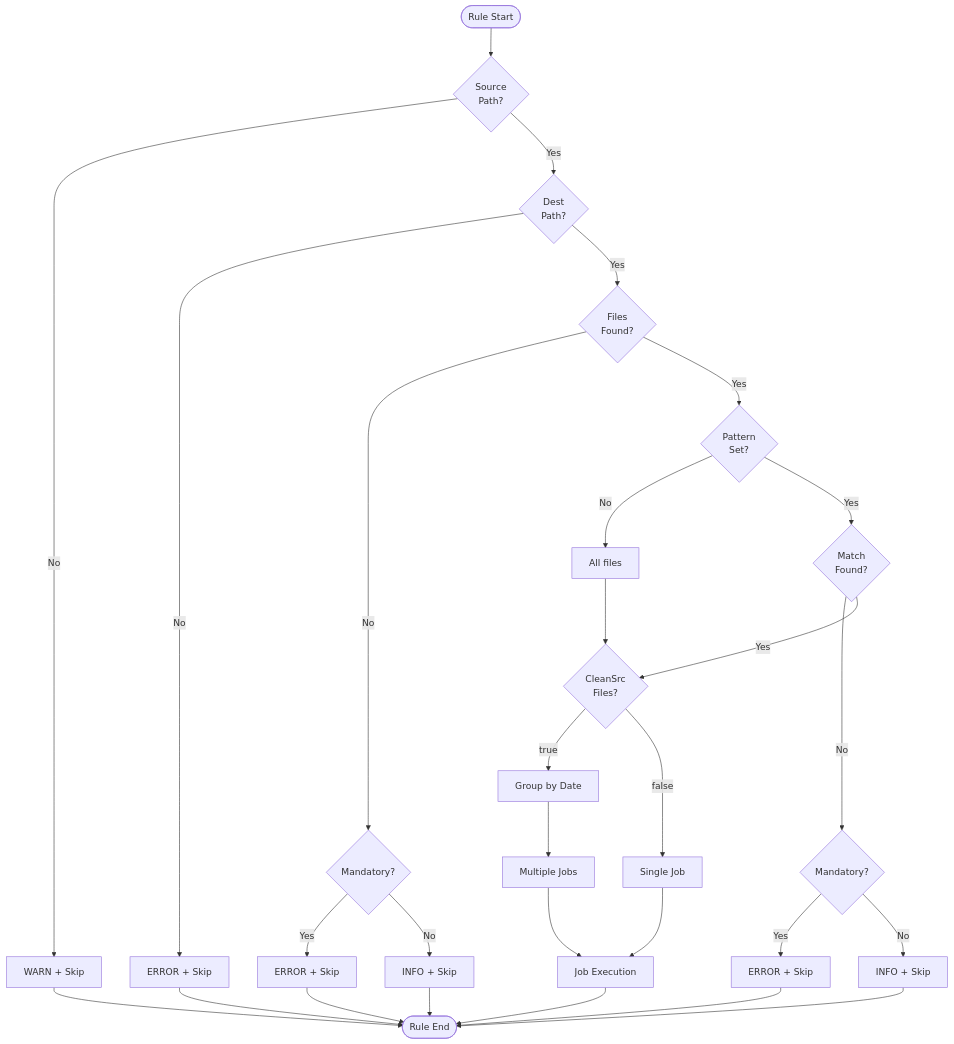
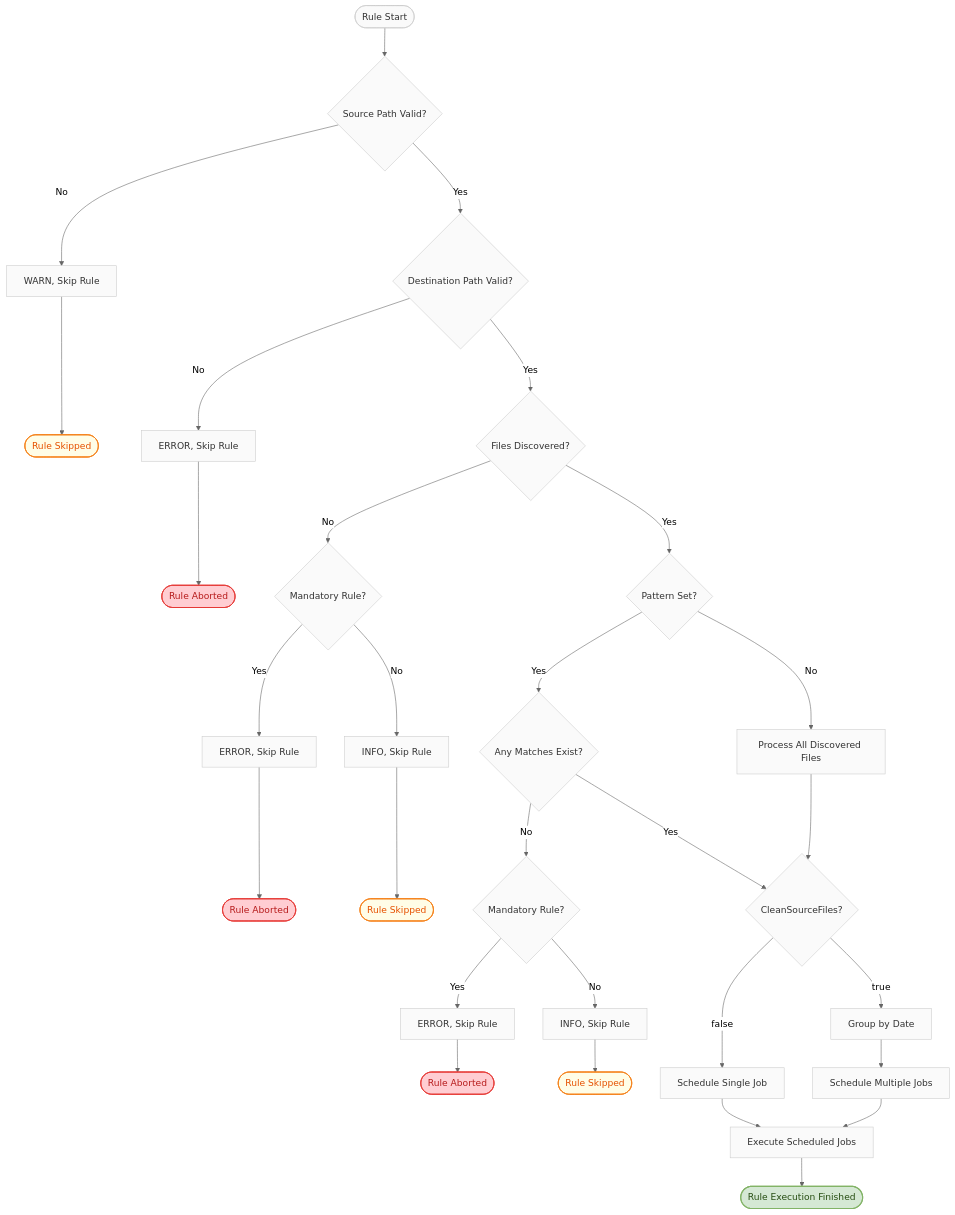
Before and after one commit to epuckop/shiny-pancake: diagram 13 of 14 in docs/design/FLOWCHARTS.md, drawn with Mermaid. The commit also changed other lines of this file and 11 other files, not shown here.

First line of the commit message:
Finalize docs, add JSON schema, rename entry script to main.ps1

````diff
--- a/docs/design/FLOWCHARTS.md
+++ b/docs/design/FLOWCHARTS.md
@@ -292,31 +460,37 @@
 ```mermaid
+%%{init: {'theme': 'neutral', 'themeVariables': { 'fontFamily': 'Segoe UI, system-ui, -apple-system, sans-serif' }}}%%
 flowchart TD
-    Start([Rule Start]) --> SP{Source<br/>Path?}
-    SP -->|No| SR1[WARN + Skip]
-    SP -->|Yes| DP{Dest<br/>Path?}
-    DP -->|No| SR2[ERROR + Skip]
-    DP -->|Yes| FC{Files<br/>Found?}
-    FC -->|No| FM{Mandatory?}
-    FM -->|Yes| SR3[ERROR + Skip]
-    FM -->|No| SR4[INFO + Skip]
-    FC -->|Yes| FP{Pattern<br/>Set?}
-    FP -->|No| FA[All files]
-    FP -->|Yes| FR{Match<br/>Found?}
-    FR -->|No| FM2{Mandatory?}
-    FM2 -->|Yes| SR5[ERROR + Skip]
-    FM2 -->|No| SR6[INFO + Skip]
-    FR -->|Yes| JG{CleanSrc<br/>Files?}
-    JG -->|true| GD[Group by Date]
-    GD --> GJ[Multiple Jobs]
-    JG -->|false| SJ[Single Job]
-    SJ --> JE[Job Execution]
-    GJ --> JE
-    JE --> End([Rule End])
-    SR1 --> End
-    SR2 --> End
-    SR3 --> End
-    SR4 --> End
-    SR5 --> End
-    SR6 --> End
-    FA --> JG
+    classDef default fill:#fafafa,stroke:#ccc,stroke-width:1px,color:#333;
+    classDef skip fill:#fffde7,stroke:#f57f17,stroke-width:1.5px,color:#e65100;
+    classDef errNode fill:#ffcdd2,stroke:#e53935,stroke-width:1.5px,color:#b71c1c;
+    classDef success fill:#d5e8d4,stroke:#82b366,stroke-width:2px,color:#274e13;
+
+    Start([Rule Start]) --> SP{Source Path Valid?}
+    SP -->|No| SR1[WARN, Skip Rule] --> EndSkip1([Rule Skipped])
+    SP -->|Yes| DP{Destination Path Valid?}
+    
+    DP -->|No| SR2[ERROR, Skip Rule] --> EndErr1([Rule Aborted])
+    DP -->|Yes| FC{Files Discovered?}
+    
+    FC -->|No| FM{Mandatory Rule?}
+    FM -->|Yes| SR3[ERROR, Skip Rule] --> EndErr2([Rule Aborted])
+    FM -->|No| SR4[INFO, Skip Rule] --> EndSkip2([Rule Skipped])
+    
+    FC -->|Yes| FP{Pattern Set?}
+    FP -->|No| FA[Process All Discovered Files]
+    FP -->|Yes| FR{Any Matches Exist?}
+    
+    FR -->|No| FM2{Mandatory Rule?}
+    FM2 -->|Yes| SR5[ERROR, Skip Rule] --> EndErr3([Rule Aborted])
+    FM2 -->|No| SR6[INFO, Skip Rule] --> EndSkip3([Rule Skipped])
+    
+    FA --> JG{CleanSourceFiles?}
+    FR -->|Yes| JG
+    
+    JG -->|true| GD[Group by Date] --> GJ[Schedule Multiple Jobs] --> JE[Execute Scheduled Jobs] --> EndSuccess([Rule Execution Finished])
+    JG -->|false| SJ[Schedule Single Job] --> JE
+
+    class EndSkip1,EndSkip2,EndSkip3 skip;
+    class EndErr1,EndErr2,EndErr3 errNode;
+    class EndSuccess success;
 ```
````
